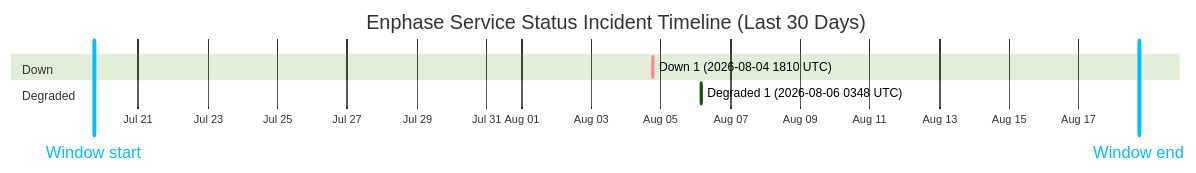
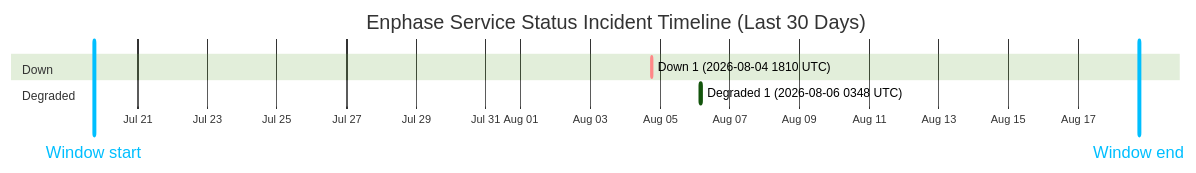
One commit to barneyonline/ha-enphase-energy changed the diagram in wiki/Service-Status-History.md. Above: the diagram before and after it, drawn with Mermaid (forest theme). The commit also changed other lines of this file and 3 other files, not shown here.

````diff
--- a/wiki/Service-Status-History.md
+++ b/wiki/Service-Status-History.md
@@ -14,12 +14,12 @@
 ```mermaid
 gantt
     title Enphase Service Status Incident Timeline (Last 30 Days)
     dateFormat  YYYY-MM-DDTHH:mm:ss
     axisFormat  %b %d
-    Window start :vert, window-start, 2026-07-19T17:24:46, 0ms
-    Window end :vert, window-end, 2026-08-18T17:24:46, 0ms
+    Window start :vert, window-start, 2026-07-19T17:53:56, 0ms
+    Window end :vert, window-end, 2026-08-18T17:53:56, 0ms
     section Down
     Down 1 (2026-08-04 1810 UTC) :crit, down-1, 2026-08-04T18:10:46, 60m
     section Degraded
     Degraded 1 (2026-08-06 0348 UTC) :active, degraded-1, 2026-08-06T03:48:14, 60m
 ```
````
